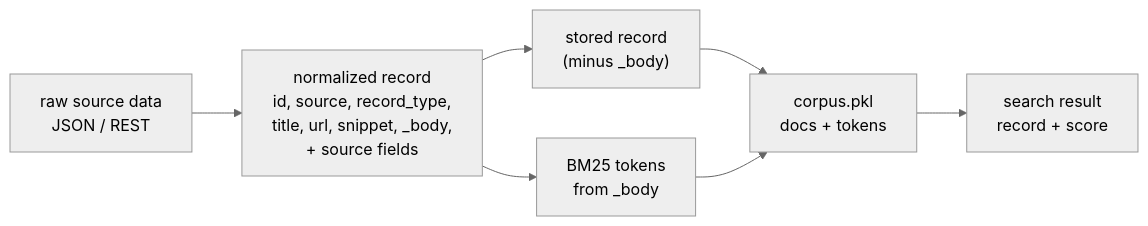
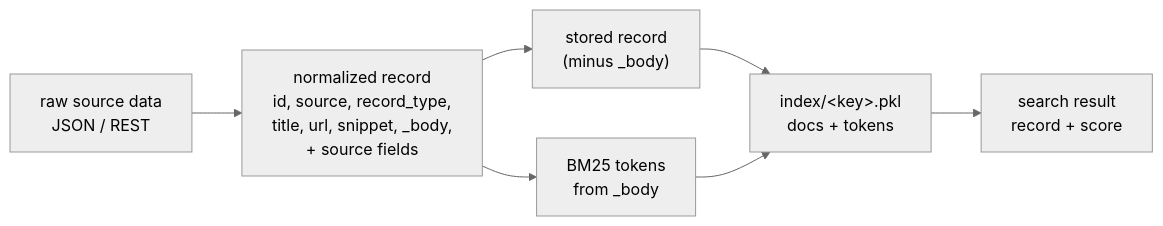
Before and after one commit to SteveCInVA/AllofUs-Agent: the diagram in docs/diagrams/5-record-lifecycle.mmd, drawn with Mermaid (neutral theme). The commit also changed 13 other files, not shown here.

First line of the commit message:
Remove obsolete corpus.pkl and legacy blob helpers (Option A)

```diff
--- a/docs/diagrams/5-record-lifecycle.mmd
+++ b/docs/diagrams/5-record-lifecycle.mmd
@@ -1,7 +1,7 @@
 flowchart LR
     RAW["raw source data<br/>JSON / REST"] --> NORM["normalized record<br/>id, source, record_type,<br/>title, url, snippet, _body,<br/>+ source fields"]
     NORM --> STORE["stored record<br/>(minus _body)"]
     NORM --> TOK["BM25 tokens<br/>from _body"]
-    STORE --> CORP["corpus.pkl<br/>docs + tokens"]
+    STORE --> CORP["index/&lt;key&gt;.pkl<br/>docs + tokens"]
     TOK --> CORP
     CORP --> HIT["search result<br/>record + score"]
```
